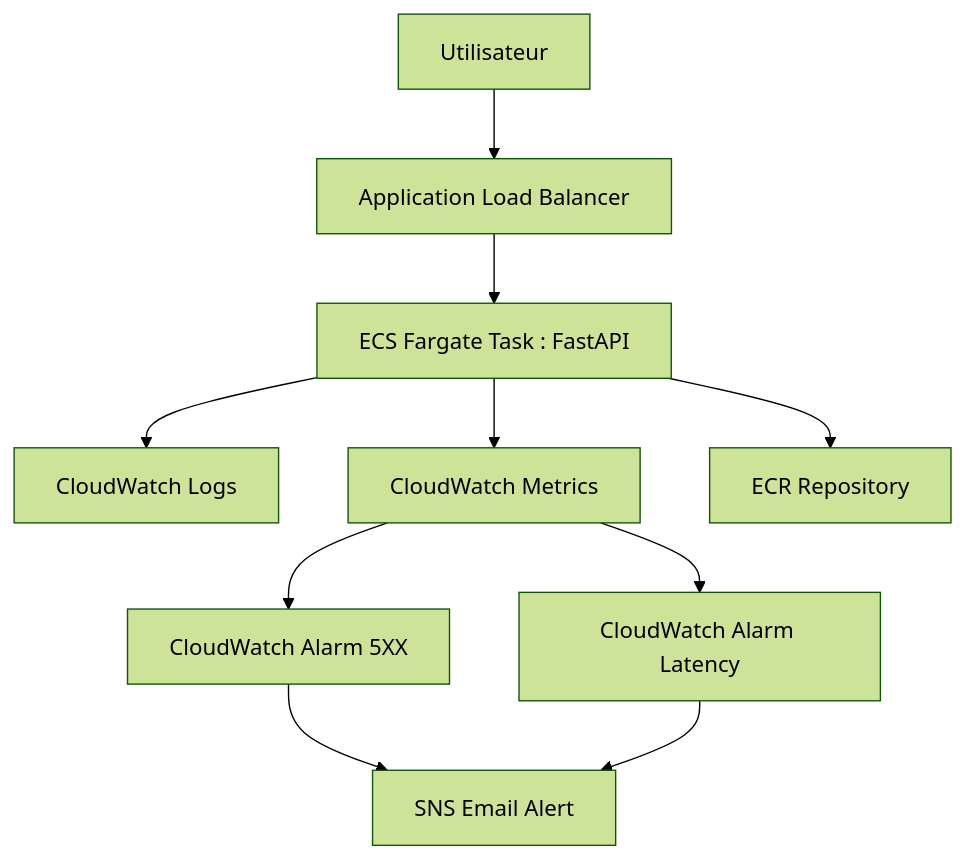
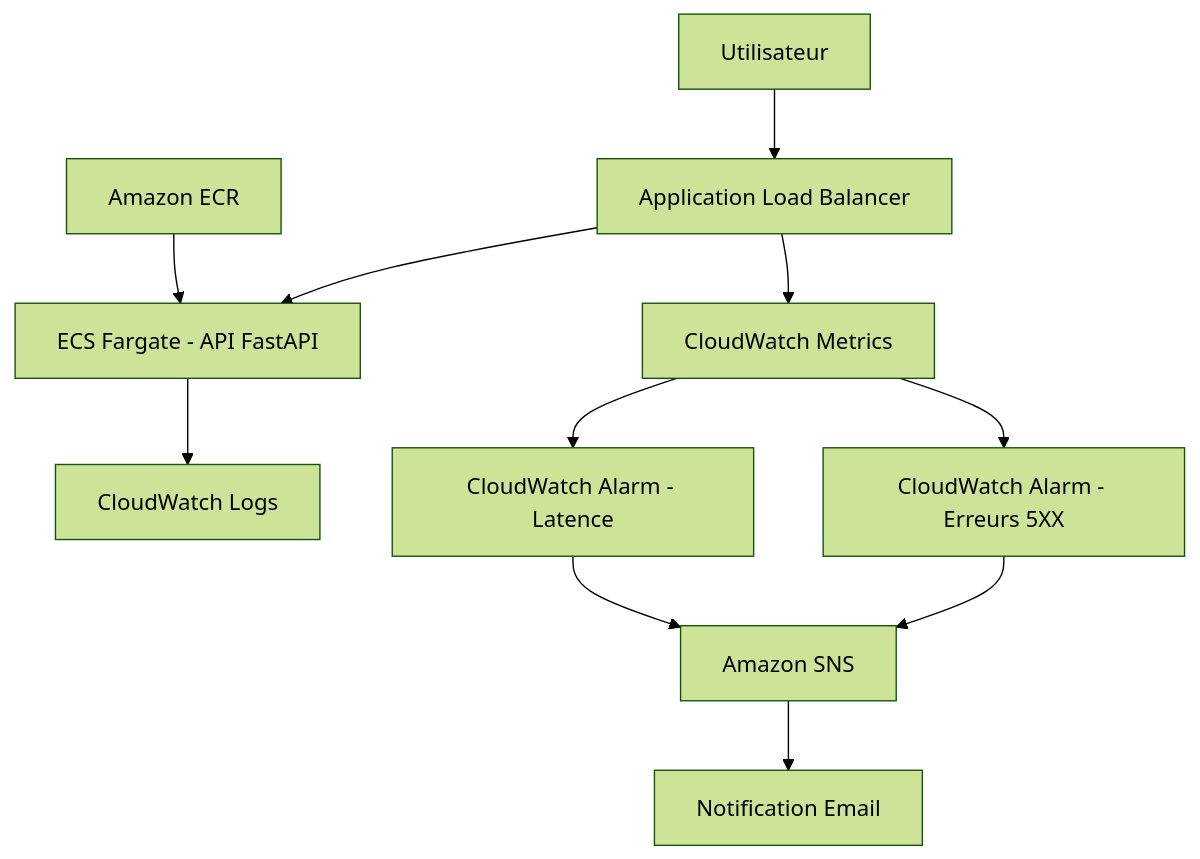
Before and after one commit to labosnie/Cloud-Incident-Projet: the diagram in docs/architecture.md, drawn with Mermaid (forest theme). The commit also changed other lines of this file, not shown here.

Commit message:
docs: add architecture documentation

````diff
--- a/docs/architecture.md
+++ b/docs/architecture.md
@@ -19,22 +17,19 @@
 ```mermaid
 flowchart TD
+    User[Utilisateur] --> ALB[Application Load Balancer]
 
-A[Utilisateur] --> B[Application Load Balancer]
+    ALB --> ECS[ECS Fargate - API FastAPI]
 
-B --> C[ECS Fargate Task : FastAPI]
+    ECR[Amazon ECR] --> ECS
 
-C --> D[CloudWatch Logs]
+    ECS --> CWLogs[CloudWatch Logs]
+    ALB --> CWMetrics[CloudWatch Metrics]
 
-C --> E[CloudWatch Metrics]
+    CWMetrics --> Alarm5XX[CloudWatch Alarm - Erreurs 5XX]
+    CWMetrics --> AlarmLatency[CloudWatch Alarm - Latence]
 
-E --> F[CloudWatch Alarm 5XX]
+    Alarm5XX --> SNS[Amazon SNS]
+    AlarmLatency --> SNS
 
-E --> G[CloudWatch Alarm Latency]
-
-F --> H[SNS Email Alert]
-
-G --> H
-
-C --> I[ECR Repository]
-
+    SNS --> Email[Notification Email]
 ```
````
